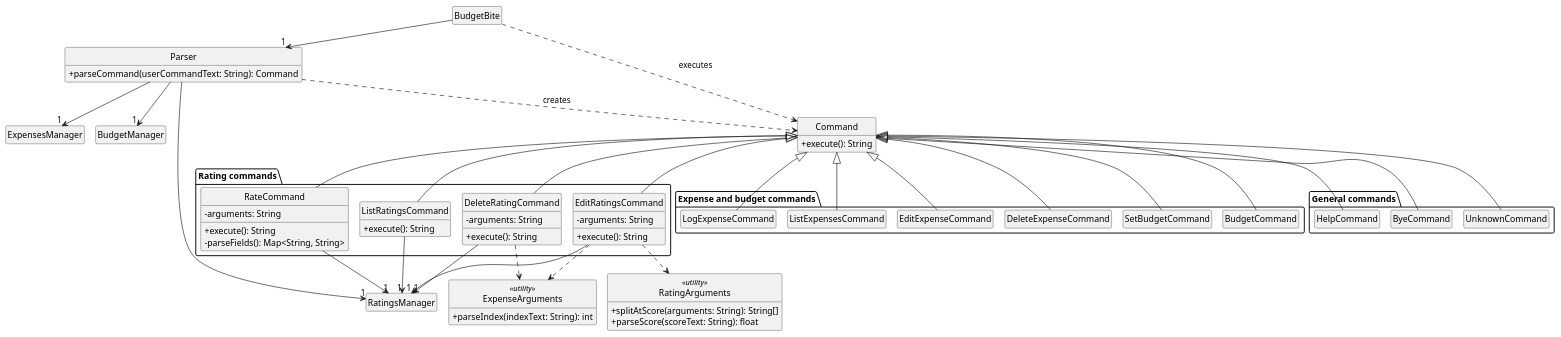
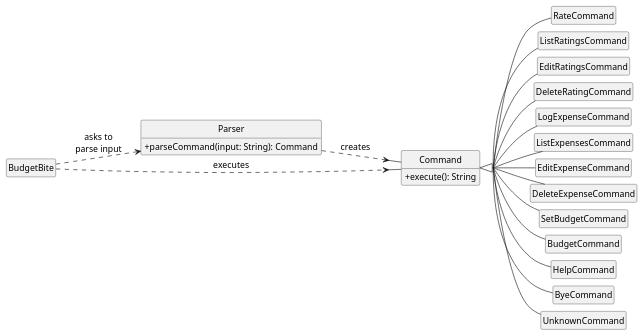
The diagram in docs/diagrams/CommandClassDiagram.puml (AY2627S1-CS2113-W10-3/tp), drawn with PlantUML before and after one commit. The commit also changed 14 other files, not shown here.

```diff
--- a/docs/diagrams/CommandClassDiagram.puml
+++ b/docs/diagrams/CommandClassDiagram.puml
@@ -1,91 +1,38 @@
 @startuml
-!pragma layout smetana
+' Parser creates one Command subclass per command word; BudgetBite then executes it.
+skinparam shadowing false
+skinparam classAttributeIconSize 0
+skinparam defaultFontSize 14
+skinparam groupInheritance 2
+skinparam nodesep 12
+skinparam ranksep 60
 hide circle
-skinparam classAttributeIconSize 0
-skinparam shadowing false
 hide empty members
+left to right direction
 
 class BudgetBite
 class Parser {
-  +parseCommand(userCommandText: String): Command
+    +parseCommand(input: String): Command
 }
 class Command {
-  +execute(): String
+    +execute(): String
 }
 
-package "Rating commands" {
-  class RateCommand {
-    -arguments: String
-    +execute(): String
-    -parseFields(): Map<String, String>
-  }
-  class ListRatingsCommand {
-    +execute(): String
-  }
-  class EditRatingsCommand {
-    -arguments: String
-    +execute(): String
-  }
-  class DeleteRatingCommand {
-    -arguments: String
-    +execute(): String
-  }
-}
-
-package "Expense and budget commands" {
-  class LogExpenseCommand
-  class ListExpensesCommand
-  class EditExpenseCommand
-  class DeleteExpenseCommand
-  class SetBudgetCommand
-  class BudgetCommand
-}
-
-package "General commands" {
-  class HelpCommand
-  class ByeCommand
-  class UnknownCommand
-}
-
-class RatingArguments <<utility>> {
-  +splitAtScore(arguments: String): String[]
-  +parseScore(scoreText: String): float
-}
-class ExpenseArguments <<utility>> {
-  +parseIndex(indexText: String): int
-}
-
-class RatingsManager
-class ExpensesManager
-class BudgetManager
-
-BudgetBite --> "1" Parser
-BudgetBite ..> Command : executes >
-Parser ..> Command : creates >
-Parser --> "1" RatingsManager
-Parser --> "1" ExpensesManager
-Parser --> "1" BudgetManager
+BudgetBite ..> Parser : asks to\nparse input
+Parser ..> Command : creates
+BudgetBite ..> Command : executes
 
 Command <|-- RateCommand
 Command <|-- ListRatingsCommand
 Command <|-- EditRatingsCommand
 Command <|-- DeleteRatingCommand
 Command <|-- LogExpenseCommand
 Command <|-- ListExpensesCommand
 Command <|-- EditExpenseCommand
 Command <|-- DeleteExpenseCommand
 Command <|-- SetBudgetCommand
 Command <|-- BudgetCommand
 Command <|-- HelpCommand
 Command <|-- ByeCommand
 Command <|-- UnknownCommand
-
-RateCommand --> "1" RatingsManager
-ListRatingsCommand --> "1" RatingsManager
-EditRatingsCommand --> "1" RatingsManager
-DeleteRatingCommand --> "1" RatingsManager
-
-EditRatingsCommand ..> RatingArguments
-EditRatingsCommand ..> ExpenseArguments
-DeleteRatingCommand ..> ExpenseArguments
 @enduml
```
